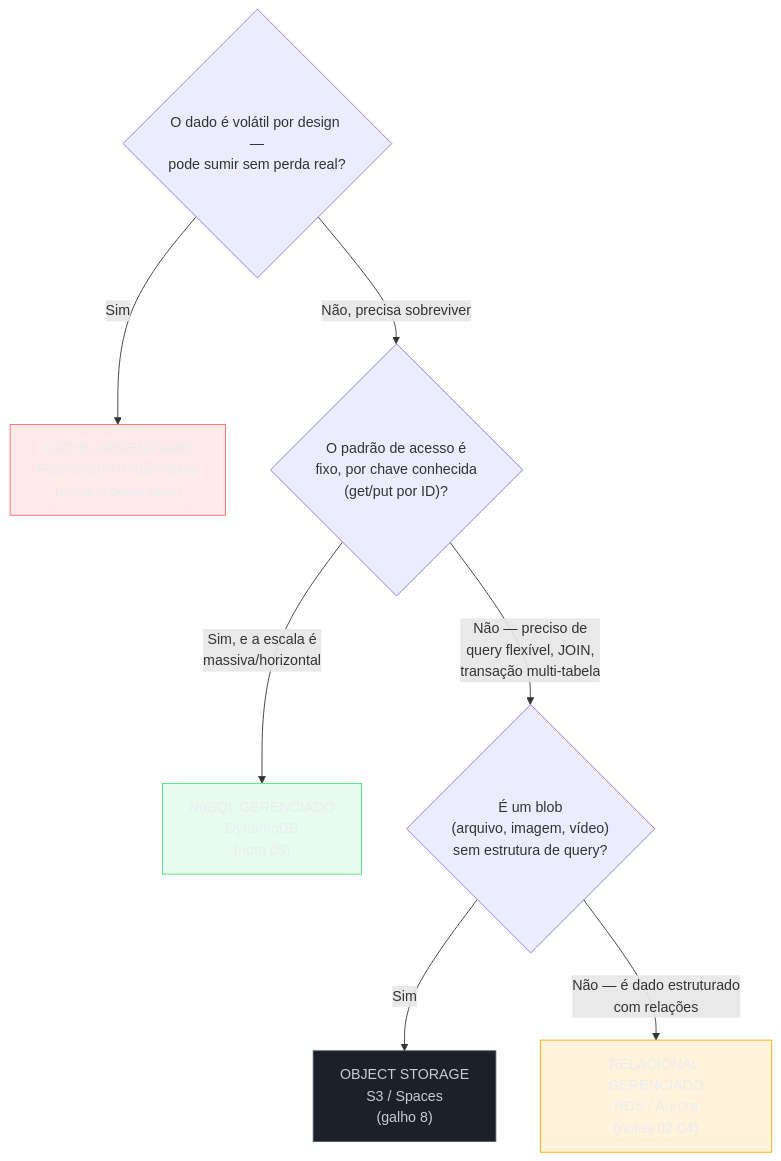
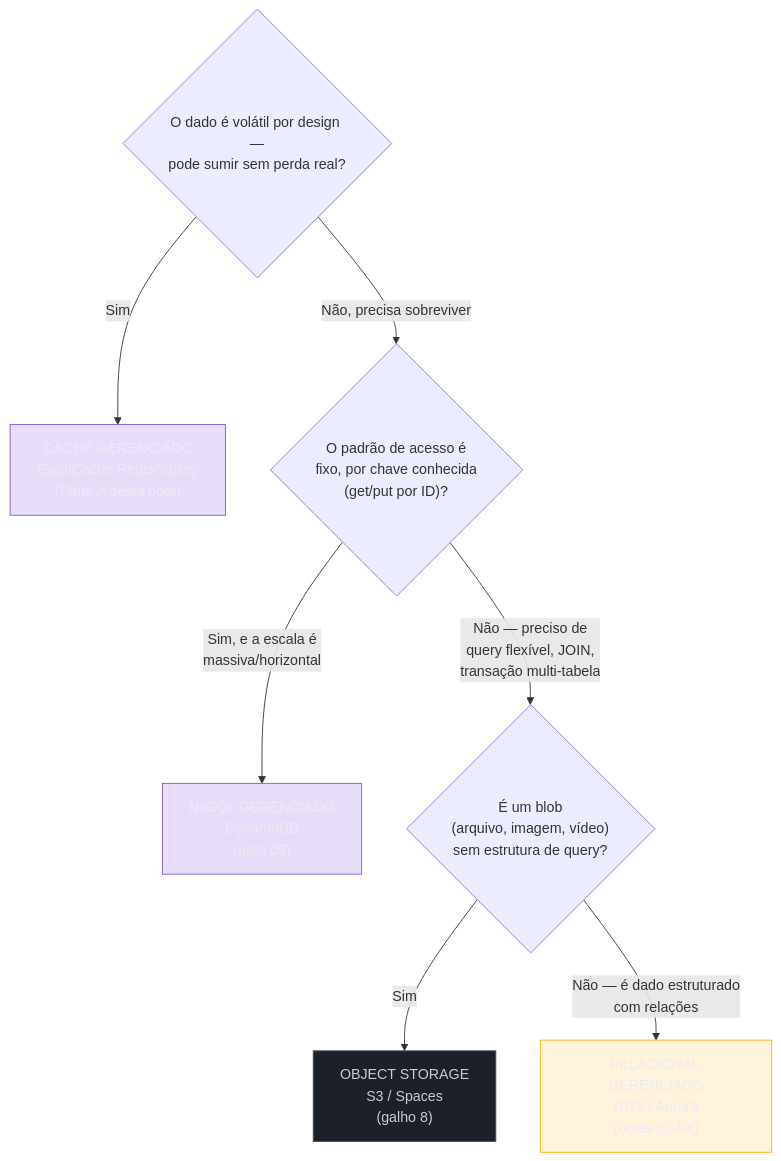
One commit to josenaldo/codex-technomanticus changed the second of 3 diagrams in 03-Dominios/Tecnologia/Cloud/09 - Bancos gerenciados/06 - Cache gerenciado e a grande escolha.md. Above: the diagram before and after it, drawn with Mermaid. The commit also changed other lines of this file and 601 other files, not shown here.

````diff
--- a/03-Dominios/Tecnologia/Cloud/09 - Bancos gerenciados/06 - Cache gerenciado e a grande escolha.md
+++ b/03-Dominios/Tecnologia/Cloud/09 - Bancos gerenciados/06 - Cache gerenciado e a grande escolha.md
@@ -275,21 +275,20 @@
 ```mermaid
 flowchart TD
-    classDef falha fill:#FF6B6B24,stroke:#FF6B6B,color:#E9ECF2
-    classDef ok fill:#4ADE8021,stroke:#4ADE80,color:#E9ECF2
+    classDef marca fill:#8855DF33,stroke:#8855DF,color:#E9ECF2
     classDef neutro fill:#1B2029,stroke:#4E5666,color:#C6CCD8
     classDef destaque fill:#FFAA0024,stroke:#FFAA00,color:#E9ECF2
     Q1{"O dado é volátil por design —<br/>pode sumir sem perda real?"}
     Q1 -->|"Sim"| Cache["CACHE GERENCIADO<br/>ElastiCache Redis/Valkey<br/>(Parte A desta nota)"]
 
     Q1 -->|"Não, precisa sobreviver"| Q2{"O padrão de acesso é<br/>fixo, por chave conhecida<br/>(get/put por ID)?"}
     Q2 -->|"Sim, e a escala é<br/>massiva/horizontal"| NoSQL["NoSQL GERENCIADO<br/>DynamoDB<br/>(nota 05)"]
 
     Q2 -->|"Não — preciso de<br/>query flexível, JOIN,<br/>transação multi-tabela"| Q3{"É um blob<br/>(arquivo, imagem, vídeo)<br/>sem estrutura de query?"}
     Q3 -->|"Sim"| Object["OBJECT STORAGE<br/>S3 / Spaces<br/>(galho 8)"]
     Q3 -->|"Não — é dado estruturado<br/>com relações"| Relacional["RELACIONAL GERENCIADO<br/>RDS / Aurora<br/>(notas 02-04)"]
 
-    class Cache falha
-    class NoSQL ok
+    class Cache marca
+    class NoSQL marca
     class Object neutro
     class Relacional destaque
 ```
````
